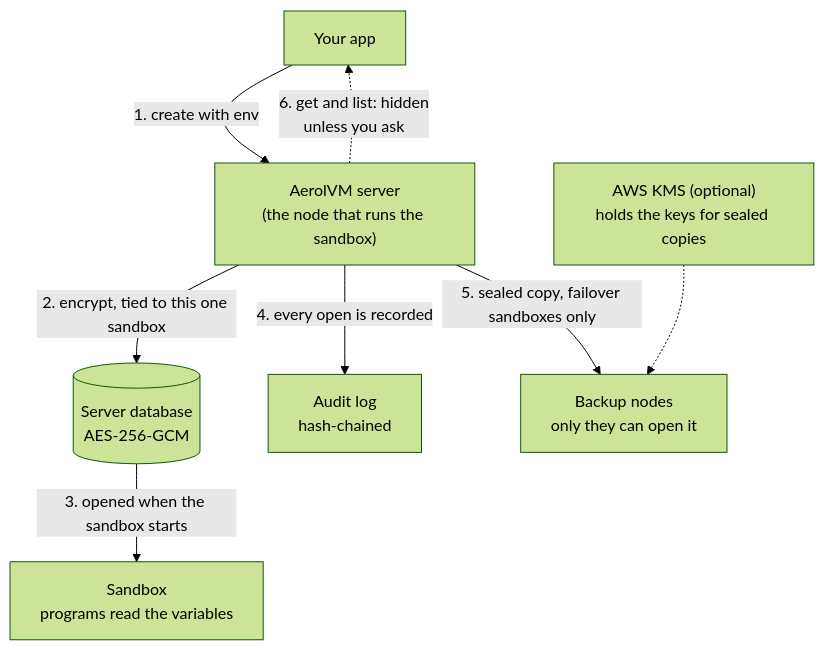
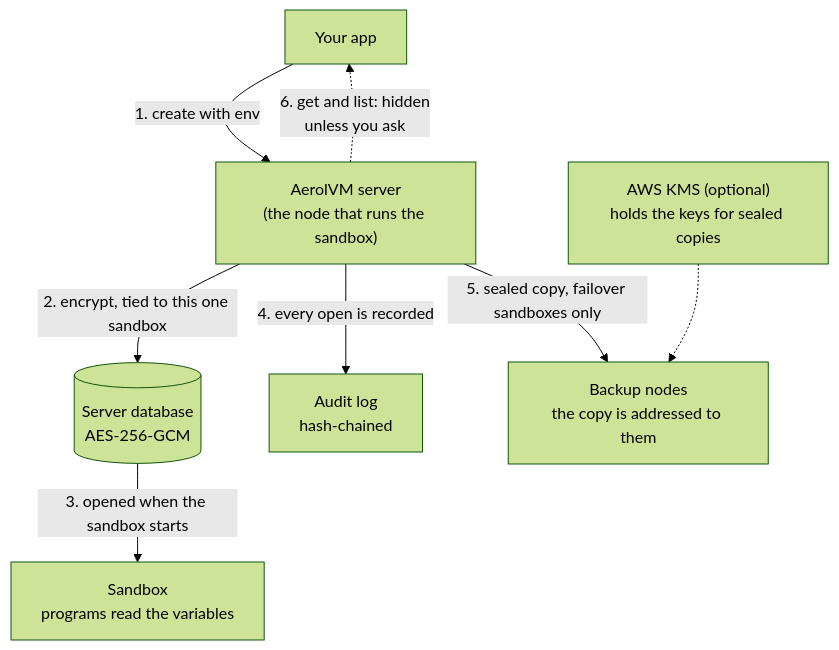
The diagram in docs/src/content/docs/sandbox-env.mdx (aerol-ai/microvm), drawn with Mermaid (forest theme) before and after one commit. The commit also changed other lines of this file and 13 other files, not shown here.

````diff
--- a/docs/src/content/docs/sandbox-env.mdx
+++ b/docs/src/content/docs/sandbox-env.mdx
@@ -14,10 +14,10 @@
 ```mermaid
 flowchart TB
     App["Your app"] -- "1. create with env" --> Server["AerolVM server<br/>(the node that runs the sandbox)"]
     Server -- "2. encrypt, tied to this one sandbox" --> Store[("Server database<br/>AES-256-GCM")]
     Store -- "3. opened when the sandbox starts" --> Box["Sandbox<br/>programs read the variables"]
     Server -- "4. every open is recorded" --> Audit["Audit log<br/>hash-chained"]
-    Server -- "5. sealed copy, failover sandboxes only" --> Backups["Backup nodes<br/>only they can open it"]
+    Server -- "5. sealed copy, failover sandboxes only" --> Backups["Backup nodes<br/>the copy is addressed to them"]
     KMS["AWS KMS (optional)<br/>holds the keys for sealed copies"] -.-> Backups
     Server -. "6. get and list: hidden<br/>unless you ask" .-> App
 ```
````
